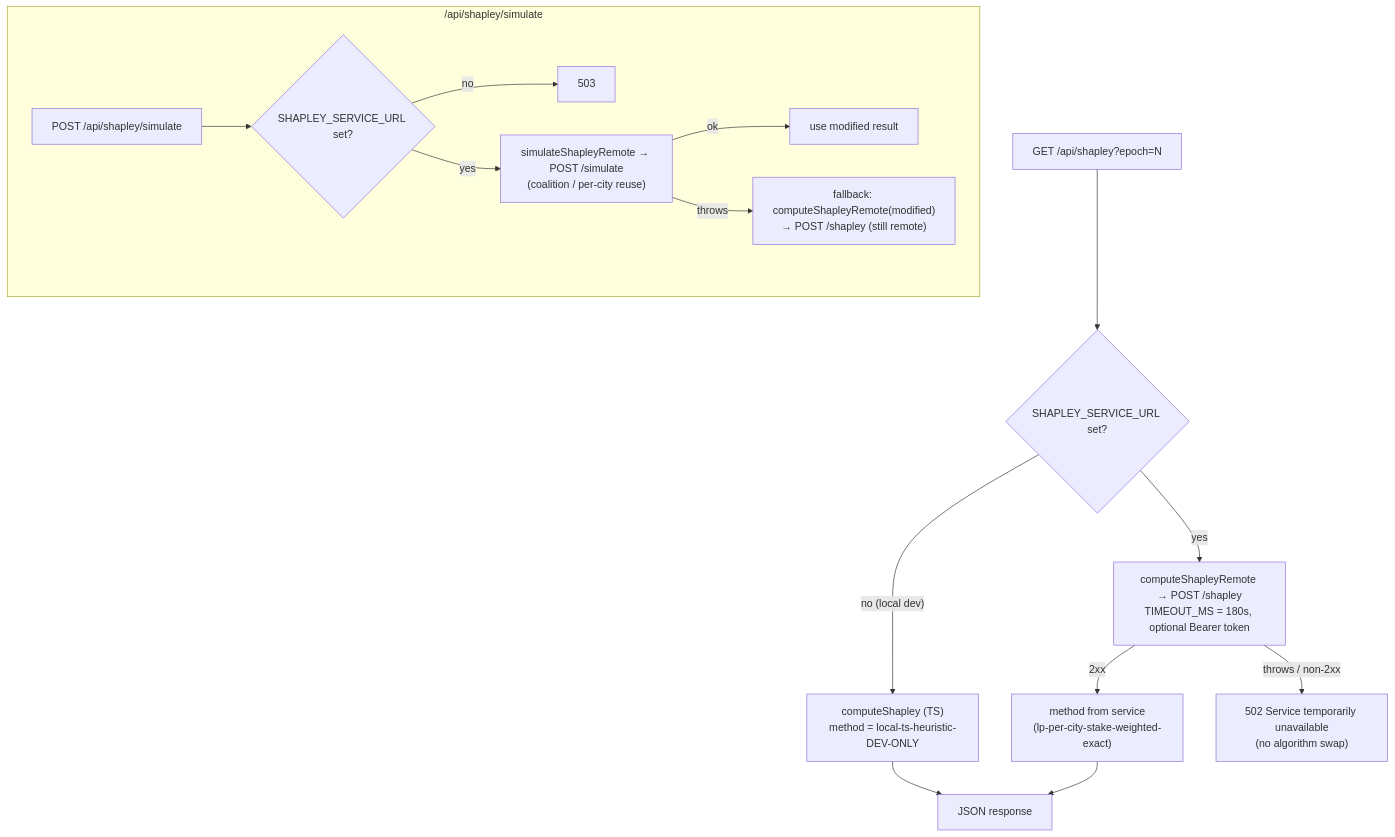
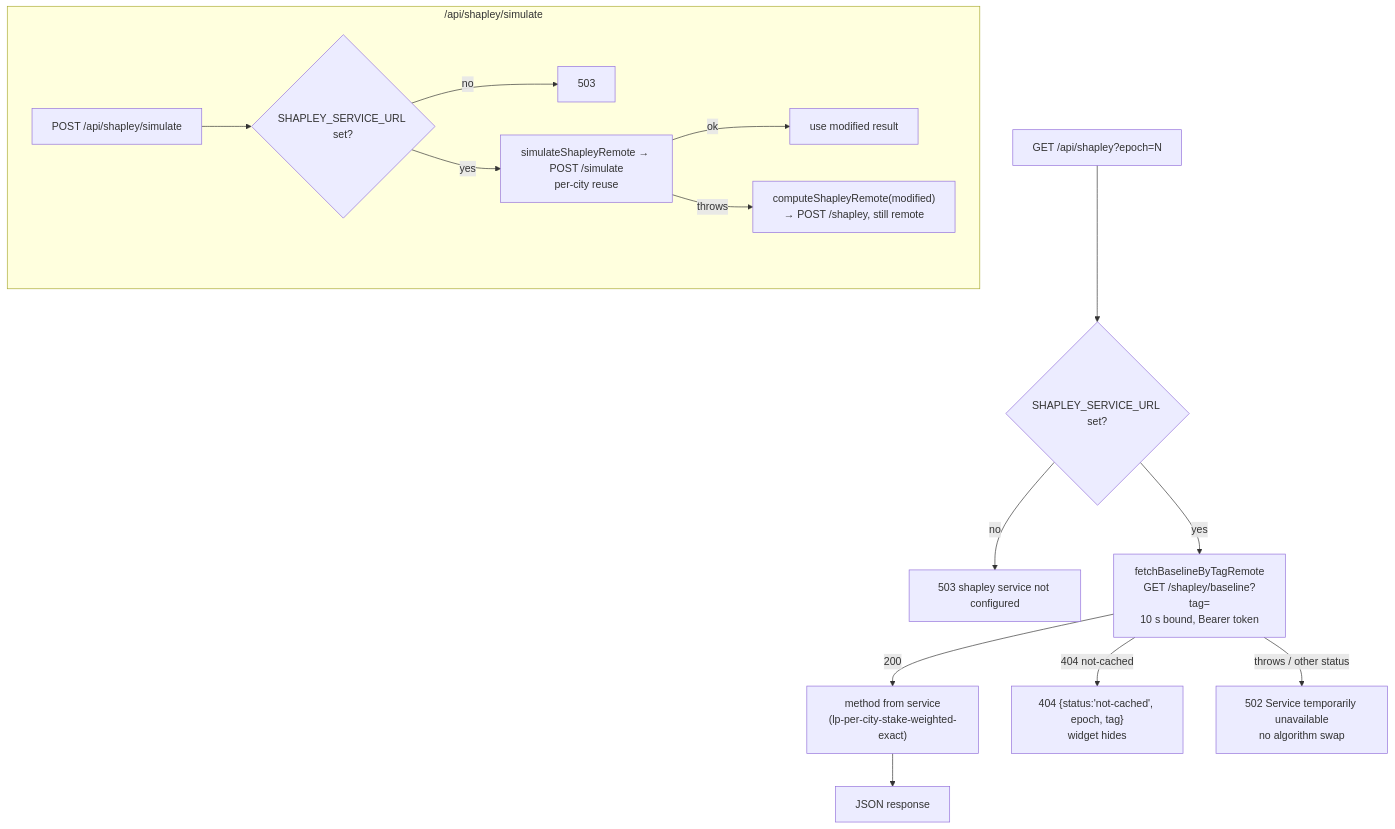
One commit to phaselabscrypto/dz-contributor changed the diagram in docs/shapley-pipeline.md. Above: the diagram before and after it, drawn with Mermaid. The commit also changed other lines of this file and 10 other files, not shown here.

````diff
--- a/docs/shapley-pipeline.md
+++ b/docs/shapley-pipeline.md
@@ -62,18 +63,18 @@
 ```mermaid
 flowchart TD
     A["GET /api/shapley?epoch=N"] --> B{"SHAPLEY_SERVICE_URL set?"}
-    B -- "no (local dev)" --> C["computeShapley (TS)<br/>method = local-ts-heuristic-DEV-ONLY"]
-    B -- "yes" --> D["computeShapleyRemote → POST /shapley<br/>TIMEOUT_MS = 180s, optional Bearer token"]
-    D -- "2xx" --> E["method from service<br/>(lp-per-city-stake-weighted-exact)"]
-    D -- "throws / non-2xx" --> F["502 Service temporarily unavailable<br/>(no algorithm swap)"]
-    C --> G["JSON response"]
-    E --> G
+    B -- "no" --> C["503 shapley service not configured"]
+    B -- "yes" --> D["fetchBaselineByTagRemote<br/>GET /shapley/baseline?tag=<br/>10 s bound, Bearer token"]
+    D -- "200" --> E["method from service<br/>(lp-per-city-stake-weighted-exact)"]
+    D -- "404 not-cached" --> H["404 {status:'not-cached', epoch, tag}<br/>widget hides"]
+    D -- "throws / other status" --> F["502 Service temporarily unavailable<br/>no algorithm swap"]
+    E --> G["JSON response"]
 
     subgraph simulate ["/api/shapley/simulate"]
         S0["POST /api/shapley/simulate"] --> S1{"SHAPLEY_SERVICE_URL set?"}
         S1 -- "no" --> S2["503"]
-        S1 -- "yes" --> S3["simulateShapleyRemote → POST /simulate<br/>(coalition / per-city reuse)"]
+        S1 -- "yes" --> S3["simulateShapleyRemote → POST /simulate<br/>per-city reuse"]
         S3 -- "ok" --> S4["use modified result"]
-        S3 -- "throws" --> S5["fallback: computeShapleyRemote(modified)<br/>→ POST /shapley (still remote)"]
+        S3 -- "throws" --> S5["computeShapleyRemote(modified)<br/>→ POST /shapley, still remote"]
     end
 ```
````
